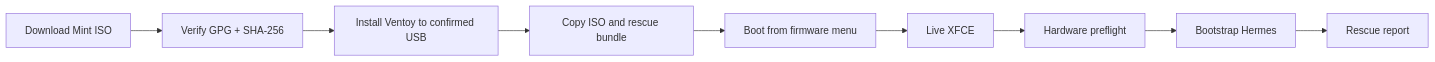
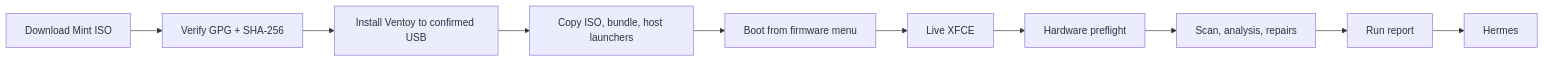
Before and after one commit to ahliweb/linux-mint-xfce-rescue-ai: diagram 13 of 16 in docs/design.md, drawn with Mermaid. The commit also changed other lines of this file and 1 other file, not shown here.

First line of the commit message:
docs: rewrite README (status table, quick starts) and design (whole-flow diagrams)

````diff
--- a/docs/design.md
+++ b/docs/design.md
@@ -205,11 +309,12 @@
 ```mermaid
 flowchart LR
     D[Download Mint ISO] --> G[Verify GPG + SHA-256]
     G --> V[Install Ventoy to confirmed USB]
-    V --> C[Copy ISO and rescue bundle]
+    V --> C[Copy ISO, bundle, host launchers]
     C --> B[Boot from firmware menu]
     B --> L[Live XFCE]
     L --> P[Hardware preflight]
-    P --> H[Bootstrap Hermes]
-    H --> R[Rescue report]
+    P --> RUN[Scan, analysis, repairs]
+    RUN --> R[Run report]
+    R --> H[Hermes]
 ```
````
